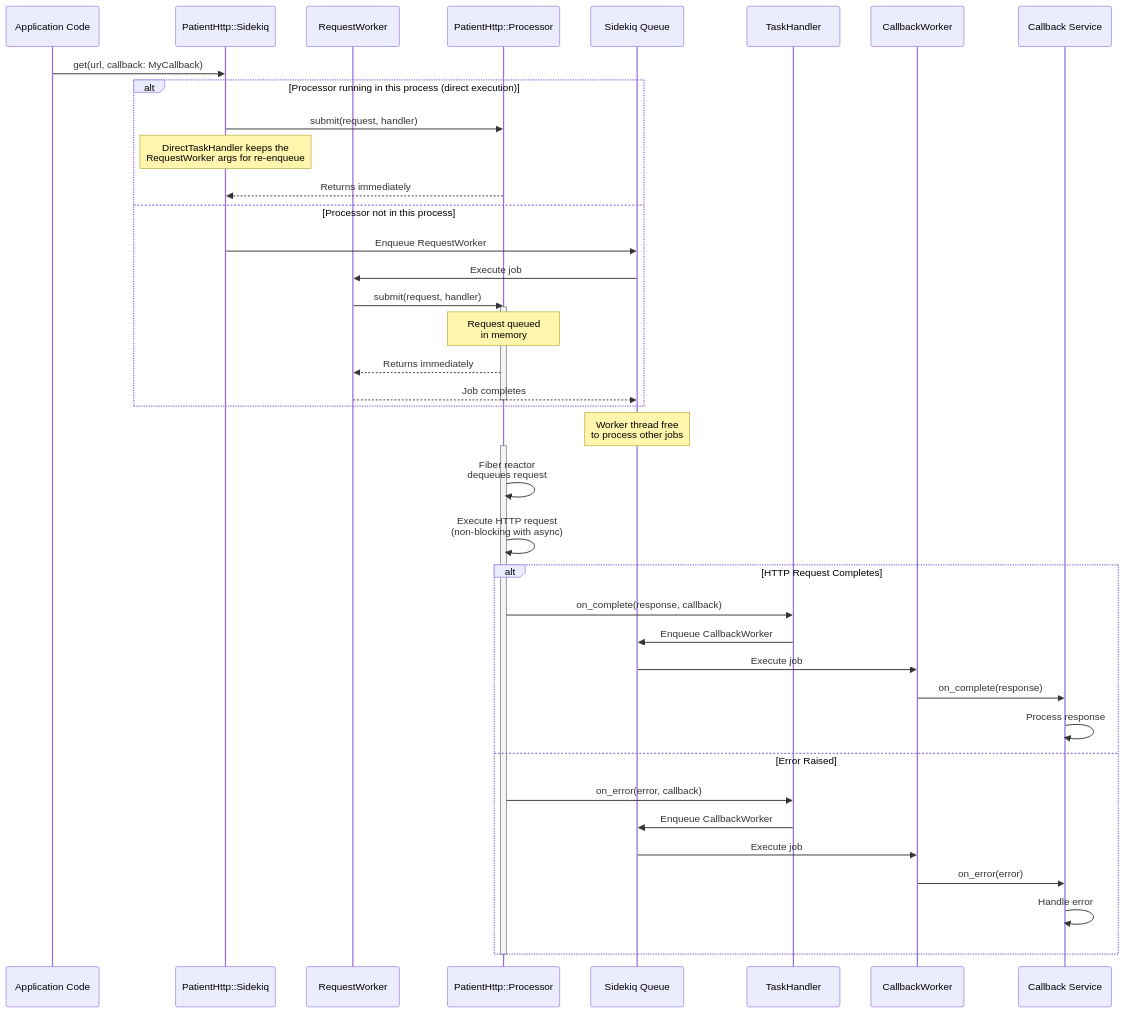
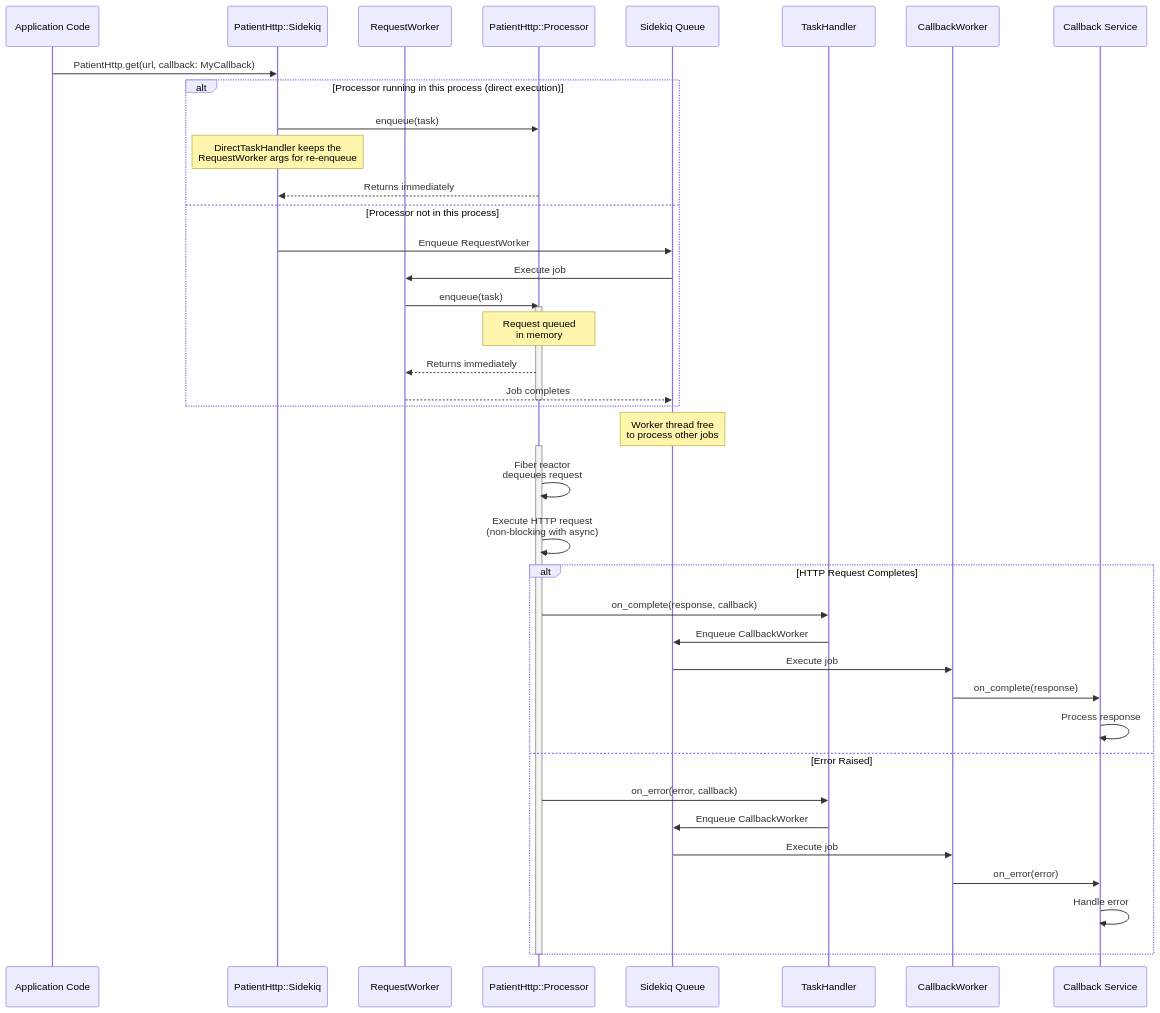
Before and after one commit to bdurand/patient_http-sidekiq: the first of 2 diagrams in ARCHITECTURE.md, drawn with Mermaid. The commit also changed other lines of this file and 3 other files, not shown here.

````diff
--- a/ARCHITECTURE.md
+++ b/ARCHITECTURE.md
@@ -103,49 +105,49 @@
 ```mermaid
 sequenceDiagram
     participant App as Application Code
     participant Module as PatientHttp::Sidekiq
     participant ReqWorker as RequestWorker
     participant Processor as PatientHttp::Processor
     participant Sidekiq as Sidekiq Queue
     participant Handler as TaskHandler
     participant CbWorker as CallbackWorker
     participant Callback as Callback Service
 
-    App->>Module: get(url, callback: MyCallback)
+    App->>Module: PatientHttp.get(url, callback: MyCallback)
 
     alt Processor running in this process (direct execution)
-        Module->>Processor: submit(request, handler)
+        Module->>Processor: enqueue(task)
         Note over Module: DirectTaskHandler keeps the<br/>RequestWorker args for re-enqueue
         Processor-->>Module: Returns immediately
     else Processor not in this process
         Module->>Sidekiq: Enqueue RequestWorker
         Sidekiq->>ReqWorker: Execute job
-        ReqWorker->>Processor: submit(request, handler)
+        ReqWorker->>Processor: enqueue(task)
         activate Processor
         Note over Processor: Request queued<br/>in memory
         Processor-->>ReqWorker: Returns immediately
         ReqWorker-->>Sidekiq: Job completes
         deactivate Processor
     end
 
     Note over Sidekiq: Worker thread free<br/>to process other jobs
 
     activate Processor
     Processor->>Processor: Fiber reactor<br/>dequeues request
     Processor->>Processor: Execute HTTP request<br/>(non-blocking with async)
 
     alt HTTP Request Completes
         Processor->>Handler: on_complete(response, callback)
         Handler->>Sidekiq: Enqueue CallbackWorker
         Sidekiq->>CbWorker: Execute job
         CbWorker->>Callback: on_complete(response)
         Callback->>Callback: Process response
     else Error Raised
         Processor->>Handler: on_error(error, callback)
         Handler->>Sidekiq: Enqueue CallbackWorker
         Sidekiq->>CbWorker: Execute job
         CbWorker->>Callback: on_error(error)
         Callback->>Callback: Handle error
     end
     deactivate Processor
 ```
````
